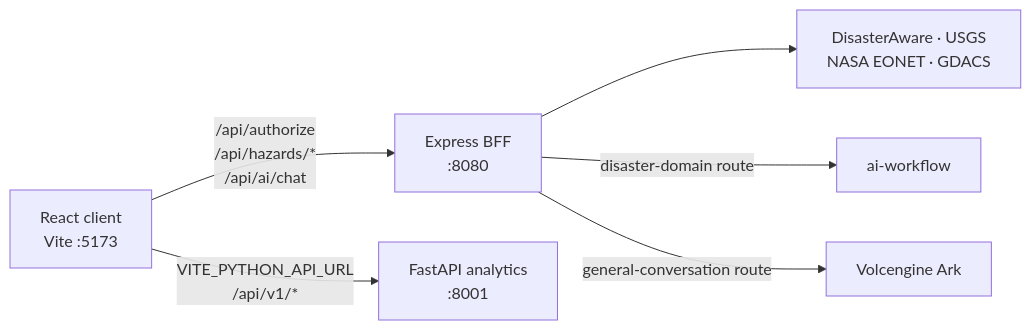
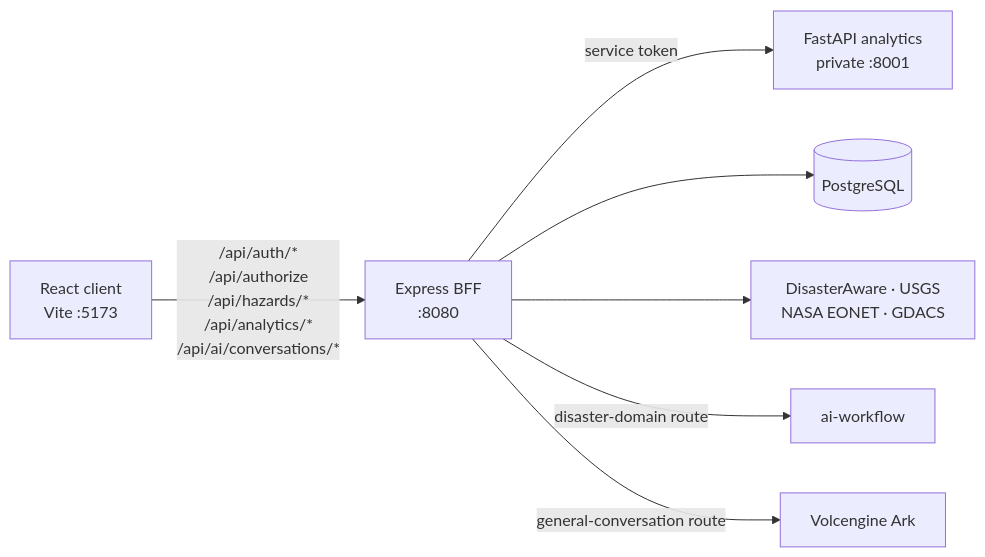
One commit to Jamie0807/prometheus-global-guardian changed the first of 2 diagrams in README.md. Above: the diagram before and after it, drawn with Mermaid. The commit also changed other lines of this file and 73 other files, not shown here.

````diff
--- a/README.md
+++ b/README.md
@@ -84,15 +85,17 @@
 ```mermaid
 flowchart LR
   Browser["React client\nVite :5173"]
   BFF["Express BFF\n:8080"]
-  Python["FastAPI analytics\n:8001"]
+  Python["FastAPI analytics\nprivate :8001"]
+  DB[("PostgreSQL")]
   Sources["DisasterAware · USGS\nNASA EONET · GDACS"]
   Workflow["ai-workflow"]
   Ark["Volcengine Ark"]
 
-  Browser -->|"/api/authorize\n/api/hazards/*\n/api/ai/chat"| BFF
-  Browser -->|"VITE_PYTHON_API_URL\n/api/v1/*"| Python
+  Browser -->|"/api/auth/*\n/api/authorize\n/api/hazards/*\n/api/analytics/*\n/api/ai/conversations/*"| BFF
+  BFF -->|"service token"| Python
+  BFF --> DB
   BFF --> Sources
   BFF -->|disaster-domain route| Workflow
   BFF -->|general-conversation route| Ark
 ```
````
